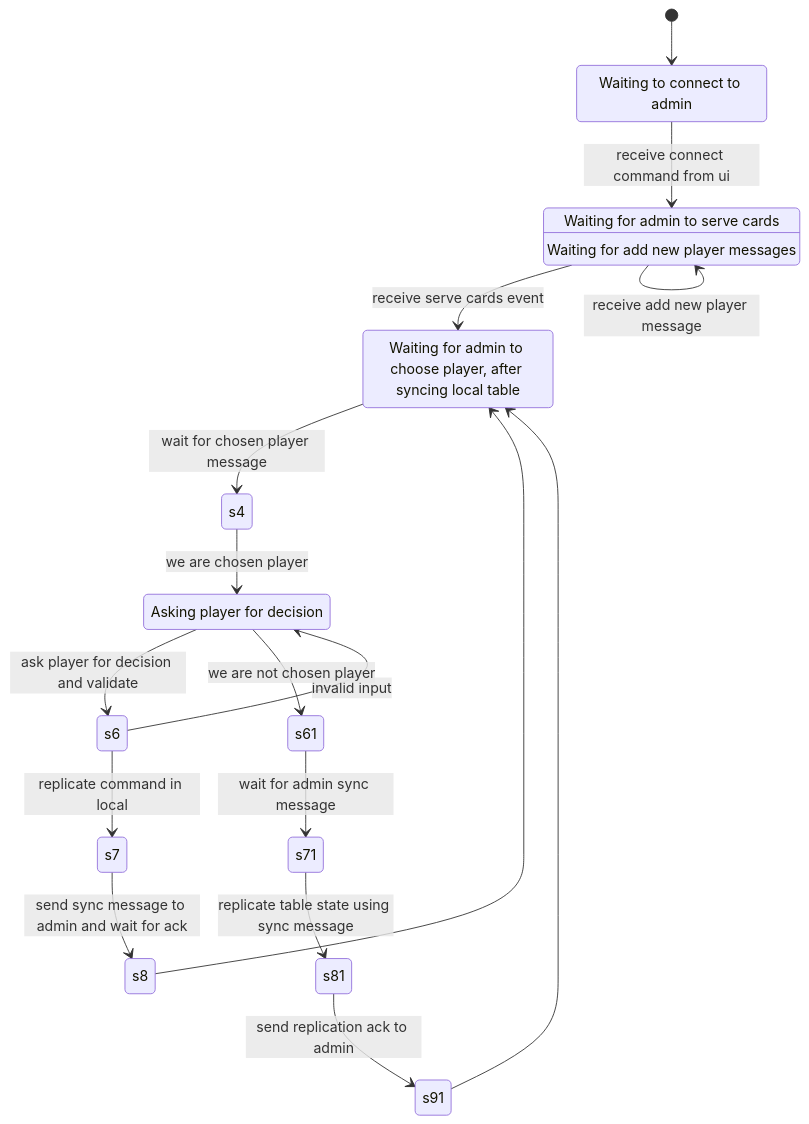
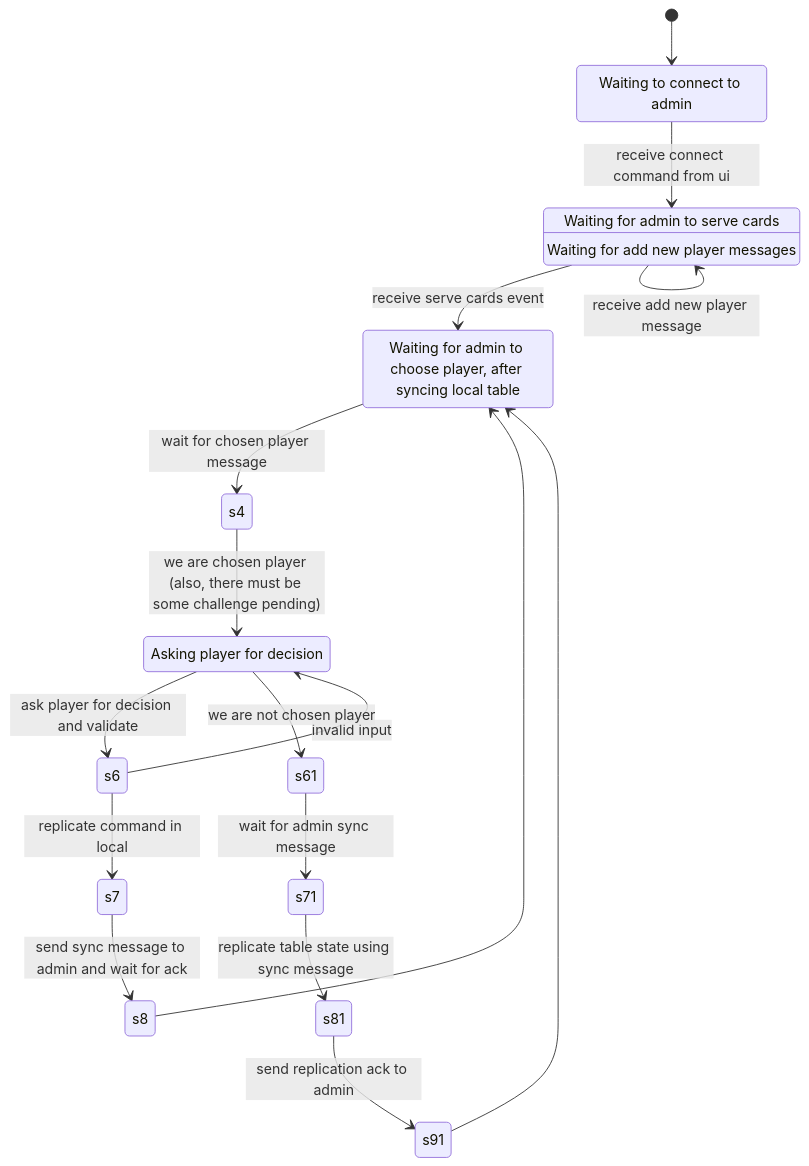
One commit to nrawrx3/uknow changed the second of 3 diagrams in design.md. Above: the diagram before and after it, drawn with Mermaid. The commit also changed other lines of this file and 17 other files, not shown here.

````diff
--- a/design.md
+++ b/design.md
@@ -82,42 +92,42 @@
 ```mermaid
 stateDiagram-v2
 
 	state "Waiting to connect to admin" as s1
 	state "Waiting for admin to serve cards" as s2
 	state "Waiting for add new player messages" as s2
 	state "Waiting for admin to choose player, after syncing local table" as s3
 	state "Asking player for decision" as s51
 
 
 	[*] --> s1
 
 	s1 --> s2: receive connect command from ui
 
 	s2 --> s3: receive serve cards event
 
 	s2 --> s2: receive add new player message
 
 	s3 --> s4: wait for chosen player message
 
-	s4 --> s51: we are chosen player
+	s4 --> s51: we are chosen player (also, there must be some challenge pending)
 
 	s51 --> s6: ask player for decision and validate
 
 	s6 --> s51: invalid input
 
 	s6 --> s7: replicate command in local
 
 	s7 --> s8: send sync message to admin and wait for ack
 
 	s8 --> s3
 
 	s51 --> s61: we are not chosen player
 
 	s61 --> s71: wait for admin sync message
 
 	s71 --> s81: replicate table state using sync message
 
 	s81 --> s91: send replication ack to admin
 
 	s91 --> s3
 ```
````
